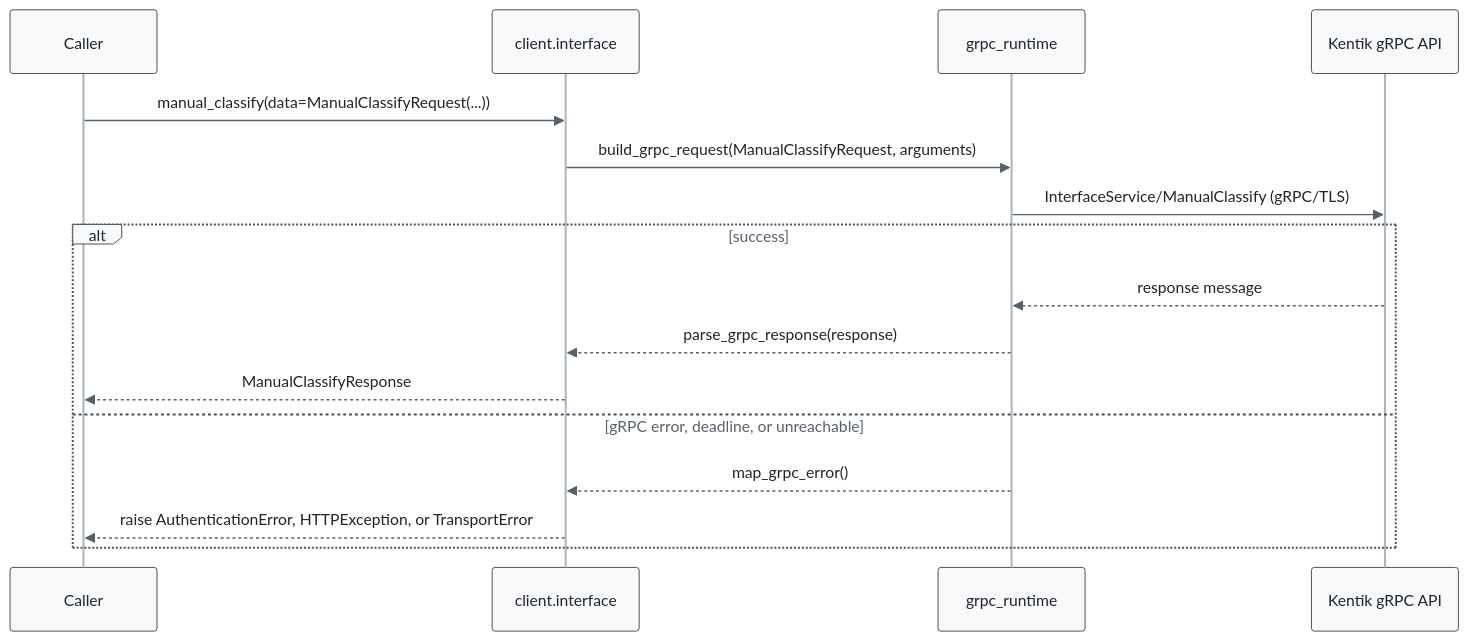
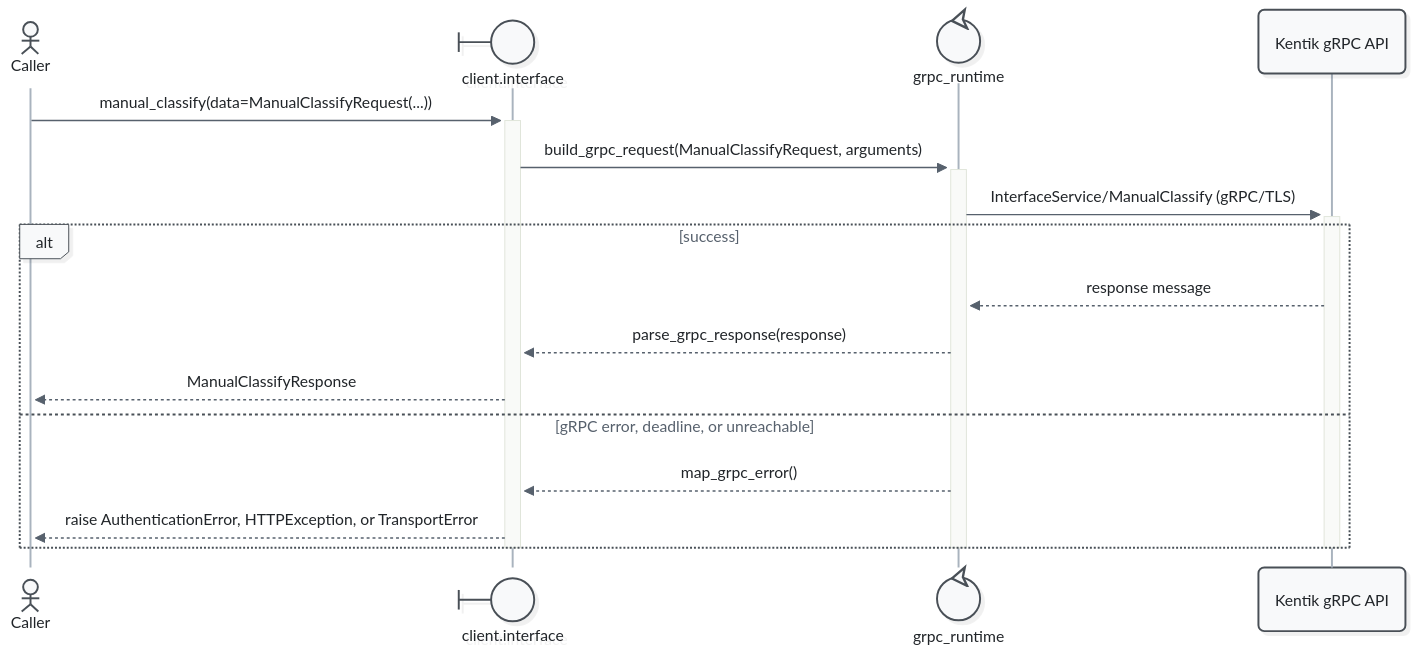
Diagram 12 of 13 in docs/sphinx/services/interface.md (alexdearaujo/community_sdk_python), drawn with Mermaid before and after one commit. The commit also changed other lines of this file and 52 other files, not shown here.

First line of the commit message:
docs: Mermaid 12 sequence diagrams with participant types and path colors

````diff
--- a/docs/sphinx/services/interface.md
+++ b/docs/sphinx/services/interface.md
@@ -453,20 +480,23 @@
 ```mermaid
-%%{init: {"theme": "base", "fontFamily": "ui-monospace, SFMono-Regular, Menlo, monospace", "themeVariables": {"fontFamily": "ui-monospace, SFMono-Regular, Menlo, monospace", "primaryColor": "#f8f9fa", "primaryBorderColor": "#495057", "primaryTextColor": "#212529", "textColor": "#212529", "lineColor": "#77818c", "edgeLabelBackground": "#ffffff", "actorBkg": "#f8f9fa", "actorBorder": "#495057", "actorTextColor": "#212529", "actorLineColor": "#a9b3be", "signalColor": "#57616d", "signalTextColor": "#212529", "labelBoxBkgColor": "#f8f9fa", "labelBoxBorderColor": "#495057", "labelTextColor": "#212529", "loopTextColor": "#57616d", "noteBkgColor": "#fff9db", "noteBorderColor": "#f08c00", "noteTextColor": "#a35a00"}, "flowchart": {"curve": "step", "nodeSpacing": 30, "rankSpacing": 70, "wrappingWidth": 400}}}%%
+%%{init: {"theme": "redux", "look": "neo", "layout": "dagre", "fontFamily": "ui-monospace, SFMono-Regular, Menlo, monospace", "themeVariables": {"fontFamily": "ui-monospace, SFMono-Regular, Menlo, monospace", "primaryColor": "#f8f9fa", "primaryBorderColor": "#495057", "primaryTextColor": "#212529", "textColor": "#212529", "lineColor": "#77818c", "edgeLabelBackground": "#ffffff", "actorBkg": "#f8f9fa", "actorBorder": "#495057", "actorTextColor": "#212529", "actorLineColor": "#a9b3be", "signalColor": "#57616d", "signalTextColor": "#212529", "labelBoxBkgColor": "#f8f9fa", "labelBoxBorderColor": "#495057", "labelTextColor": "#212529", "loopTextColor": "#57616d", "noteBkgColor": "#fff9db", "noteBorderColor": "#f08c00", "noteTextColor": "#a35a00"}, "sequence": {"activationWidth": 16}, "flowchart": {"curve": "step", "nodeSpacing": 30, "rankSpacing": 70, "wrappingWidth": 400}}}%%
 sequenceDiagram
-    participant C as Caller
-    participant W as client.interface
-    participant R as grpc_runtime
+    actor C as Caller
+    participant W@{ "type": "boundary" } as client.interface
+    participant R@{ "type": "control" } as grpc_runtime
     participant API as Kentik gRPC API
 
-    C->>W: manual_classify(data=ManualClassifyRequest(...))
-    W->>R: build_grpc_request(ManualClassifyRequest, arguments)
-    R->>API: InterfaceService/ManualClassify (gRPC/TLS)
+    C->>+W: manual_classify(data=ManualClassifyRequest(...))
+    W->>+R: build_grpc_request(ManualClassifyRequest, arguments)
+    R->>+API: InterfaceService/ManualClassify (gRPC/TLS)
     alt success
         API-->>R: response message
         R-->>W: parse_grpc_response(response)
         W-->>C: ManualClassifyResponse
     else gRPC error, deadline, or unreachable
         R-->>W: map_grpc_error()
         W-->>C: raise AuthenticationError, HTTPException, or TransportError
     end
+    deactivate API
+    deactivate R
+    deactivate W
 ```
````
